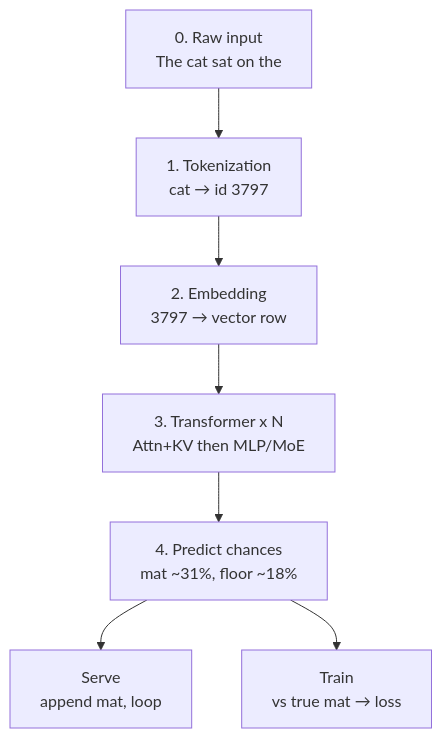
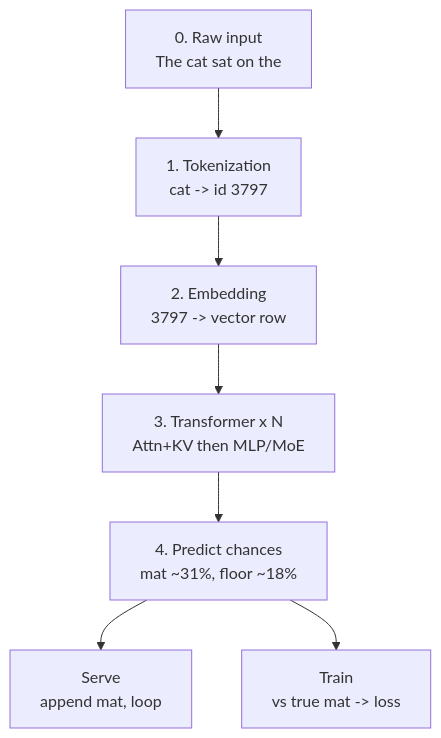
Before and after one commit to Vince-0/AI_Theory: the first of 2 diagrams in README.md, drawn with Mermaid. The commit also changed other lines of this file, not shown here.

````diff
--- a/README.md
+++ b/README.md
@@ -130,14 +130,14 @@
 ```mermaid
 flowchart TD
   s0["0. Raw input<br/>The cat sat on the"]
-  s1["1. Tokenization<br/>cat → id 3797"]
-  s2["2. Embedding<br/>3797 → vector row"]
+  s1["1. Tokenization<br/>cat -> id 3797"]
+  s2["2. Embedding<br/>3797 -> vector row"]
   s3["3. Transformer x N<br/>Attn+KV then MLP/MoE"]
   s4["4. Predict chances<br/>mat ~31%, floor ~18%"]
   serve["Serve<br/>append mat, loop"]
-  train["Train<br/>vs true mat → loss"]
+  train["Train<br/>vs true mat -> loss"]
 
   s0 --> s1 --> s2 --> s3 --> s4
   s4 --> serve
   s4 --> train
 ```
````
